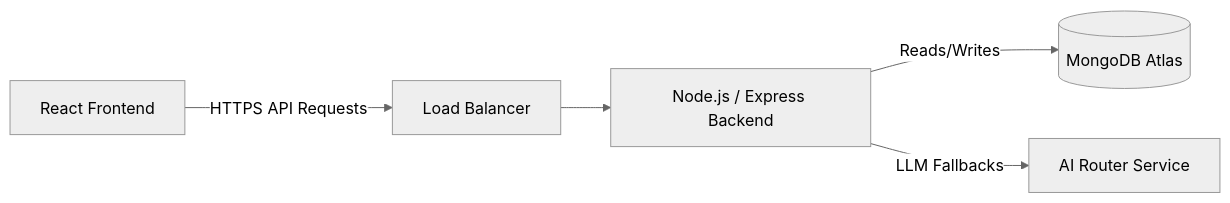
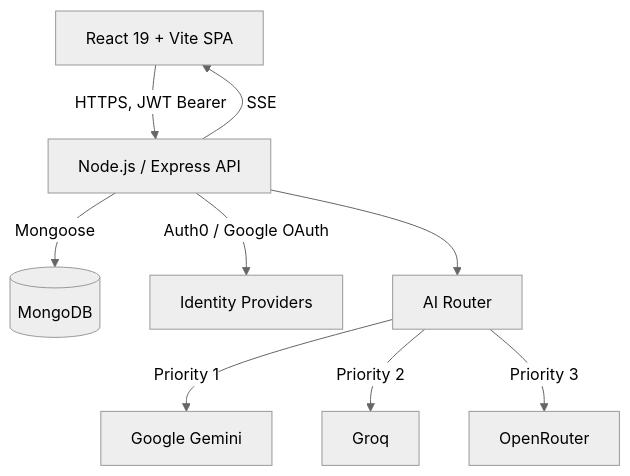
The diagram in README.md (rahulpaul-07/smart-course-generator), drawn with Mermaid (neutral theme) before and after one commit. The commit also changed other lines of this file and 1 other file, not shown here.

````diff
--- a/README.md
+++ b/README.md
@@ -41,7 +34,11 @@
 ```mermaid
-graph LR
-    Client[React Frontend] -->|HTTPS API Requests| LB[Load Balancer]
-    LB --> NodeAPI[Node.js / Express Backend]
-    NodeAPI -->|Reads/Writes| MongoDB[(MongoDB Atlas)]
-    NodeAPI -->|LLM Fallbacks| AI_Router[AI Router Service]
+graph TD
+    Client[React 19 + Vite SPA] -->|HTTPS, JWT Bearer| API[Node.js / Express API]
+    API -->|Mongoose| DB[(MongoDB)]
+    API -->|Auth0 / Google OAuth| Auth[Identity Providers]
+    API --> Router[AI Router]
+    Router -->|Priority 1| Gemini[Google Gemini]
+    Router -->|Priority 2| Groq[Groq]
+    Router -->|Priority 3| OpenRouter[OpenRouter]
+    API -->|SSE| Client
 ```
````
